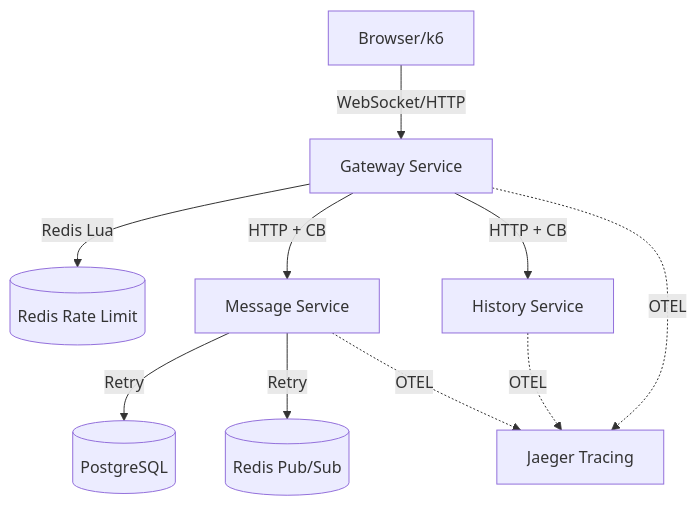
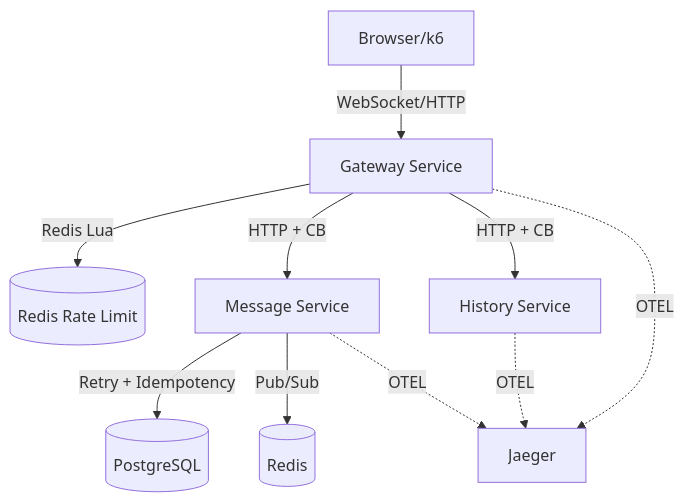
The diagram in labs/lab-11-production-grade-blueprint/README.md (Dannavv/ChatLab-Evolution-of-a-Distributed-Real-Time-System), drawn with Mermaid before and after one commit. The commit also changed other lines of this file, not shown here.

````diff
--- a/labs/lab-11-production-grade-blueprint/README.md
+++ b/labs/lab-11-production-grade-blueprint/README.md
@@ -89,14 +107,14 @@
 ```mermaid
 graph TD
     Client[Browser/k6] -->|WebSocket/HTTP| Gateway[Gateway Service]
     Gateway -->|Redis Lua| RateLimit[(Redis Rate Limit)]
     Gateway -->|HTTP + CB| MsgSvc[Message Service]
     Gateway -->|HTTP + CB| HistSvc[History Service]
-    
-    MsgSvc -->|Retry| Postgres[(PostgreSQL)]
-    MsgSvc -->|Retry| RedisBus[(Redis Pub/Sub)]
-    
-    Gateway -.->|OTEL| Jaeger[Jaeger Tracing]
+
+    MsgSvc -->|Retry + Idempotency| Postgres[(PostgreSQL)]
+    MsgSvc -->|Pub/Sub| RedisBus[(Redis)]
+
+    Gateway -.->|OTEL| Jaeger[Jaeger]
     MsgSvc -.->|OTEL| Jaeger
     HistSvc -.->|OTEL| Jaeger
 ```
````
